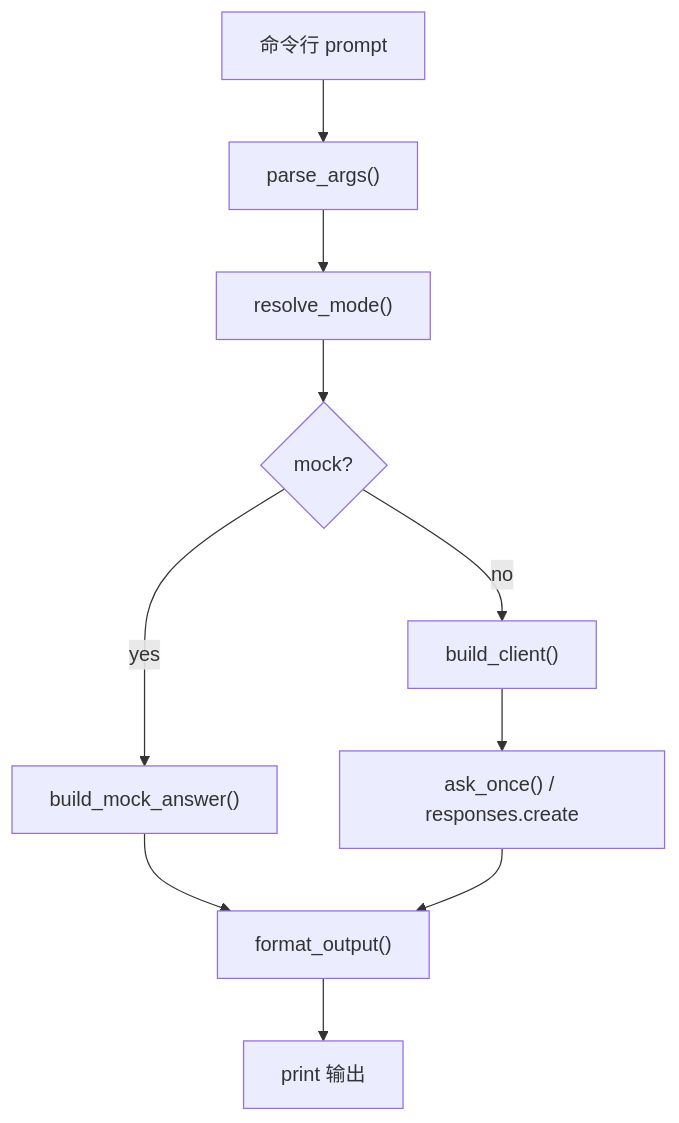
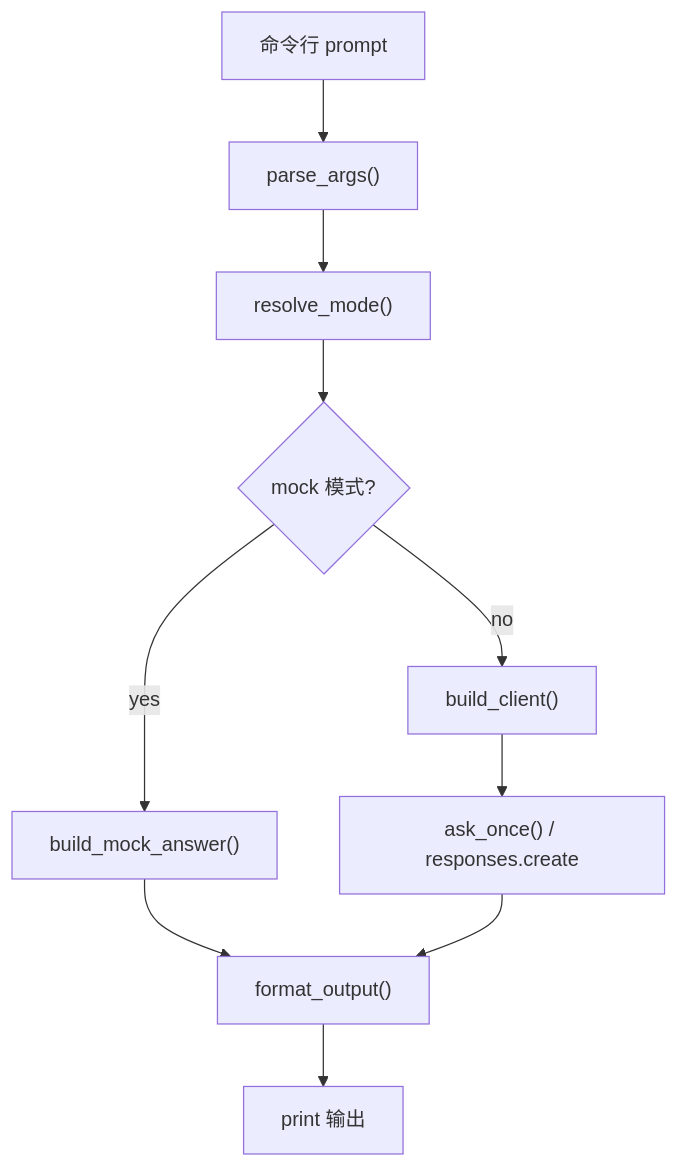
The diagram in ai-lab/llm-lab/02-模型调用基础.md (kurekako2017/vscode_study), drawn with Mermaid before and after one commit. The commit also changed other lines of this file and 4 other files, not shown here.

````diff
--- a/ai-lab/llm-lab/02-模型调用基础.md
+++ b/ai-lab/llm-lab/02-模型调用基础.md
@@ -40,12 +44,12 @@
 ```mermaid
 flowchart TD
     A["命令行 prompt"] --> B["parse_args()"]
     B --> C["resolve_mode()"]
-    C --> D{"mock?"}
-    D -- yes --> E["build_mock_answer()"]
-    D -- no --> F["build_client()"]
+    C --> D{"mock 模式?"}
+    D -->|yes| E["build_mock_answer()"]
+    D -->|no| F["build_client()"]
     F --> G["ask_once() / responses.create"]
     E --> H["format_output()"]
     G --> H
     H --> I["print 输出"]
 ```
````
